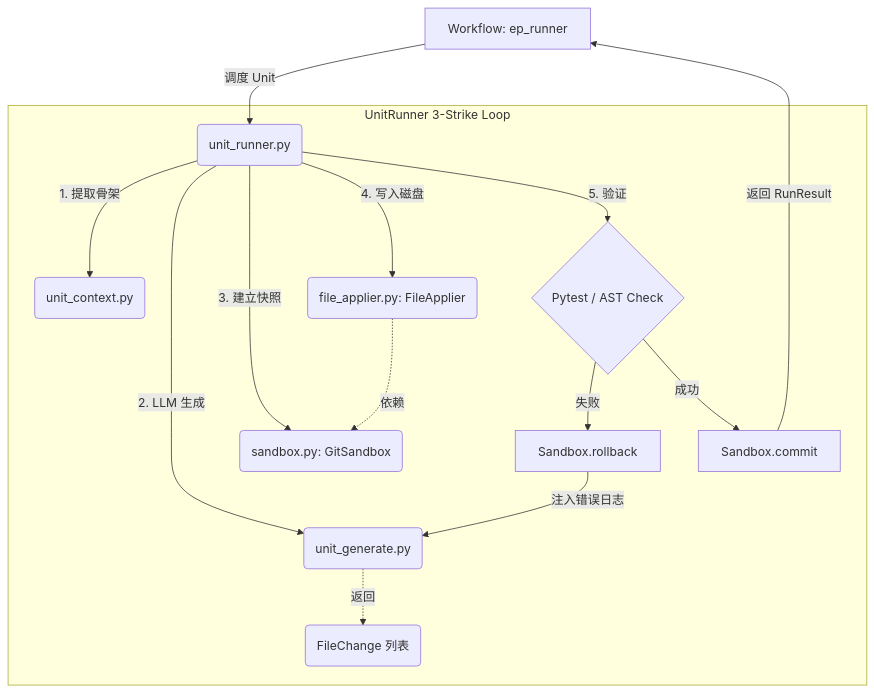
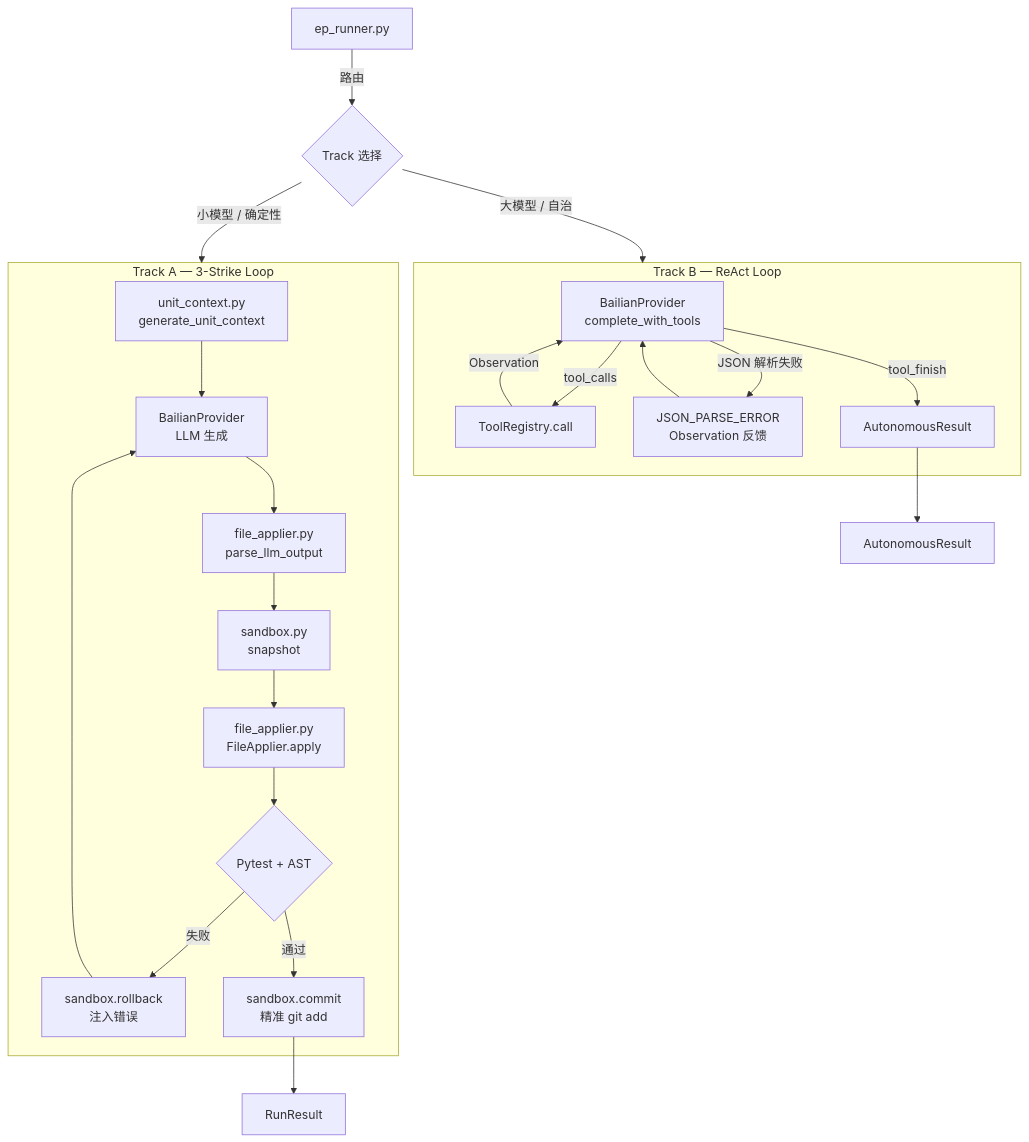
One commit to allengaoo/mms changed the diagram in src/mms/execution/execution_readme.md. Above: the diagram before and after it, drawn with Mermaid. The commit also changed other lines of this file and 32 other files, not shown here.

````diff
--- a/src/mms/execution/execution_readme.md
+++ b/src/mms/execution/execution_readme.md
@@ -71,21 +275,28 @@
 ```mermaid
 graph TD
-    Workflow[Workflow: ep_runner] -->|调度 Unit| URunner(unit_runner.py)
-    
-    subgraph Track A [UnitRunner 3-Strike Loop]
-        URunner -->|1. 提取骨架| UContext(unit_context.py)
-        URunner -->|2. LLM 生成| UGen(unit_generate.py)
-        UGen -.->|返回| Changes(FileChange 列表)
-        
-        URunner -->|3. 建立快照| Sandbox(sandbox.py: GitSandbox)
-        URunner -->|4. 写入磁盘| Applier(file_applier.py: FileApplier)
-        Applier -.->|依赖| Sandbox
-        
-        URunner -->|5. 验证| Verify{Pytest / AST Check}
-        Verify -->|失败| Rollback[Sandbox.rollback]
-        Rollback -->|注入错误日志| UGen
-        Verify -->|成功| Commit[Sandbox.commit]
+    Workflow[ep_runner.py] -->|路由| Router{Track 选择}
+
+    Router -->|小模型 / 确定性| TrackA[Track A: UnitRunner]
+    Router -->|大模型 / 自治| TrackB[Track B: autonomous_runner]
+
+    subgraph TrackA [Track A — 3-Strike Loop]
+        UA1[unit_context.py<br/>generate_unit_context] --> UA2[BailianProvider<br/>LLM 生成]
+        UA2 --> UA3[file_applier.py<br/>parse_llm_output]
+        UA3 --> UA4[sandbox.py<br/>snapshot]
+        UA4 --> UA5[file_applier.py<br/>FileApplier.apply]
+        UA5 --> UA6{Pytest + AST}
+        UA6 -->|失败| UA7[sandbox.rollback<br/>注入错误] --> UA2
+        UA6 -->|通过| UA8[sandbox.commit<br/>精准 git add]
     end
-    
-    Commit -->|返回 RunResult| Workflow
+
+    subgraph TrackB [Track B — ReAct Loop]
+        UB1[BailianProvider<br/>complete_with_tools] -->|tool_calls| UB2[ToolRegistry.call]
+        UB2 -->|Observation| UB1
+        UB1 -->|JSON 解析失败| UB3[JSON_PARSE_ERROR<br/>Observation 反馈]
+        UB3 --> UB1
+        UB1 -->|tool_finish| UB4[AutonomousResult]
+    end
+
+    UA8 --> Result[RunResult]
+    UB4 --> Result2[AutonomousResult]
 ```
````
